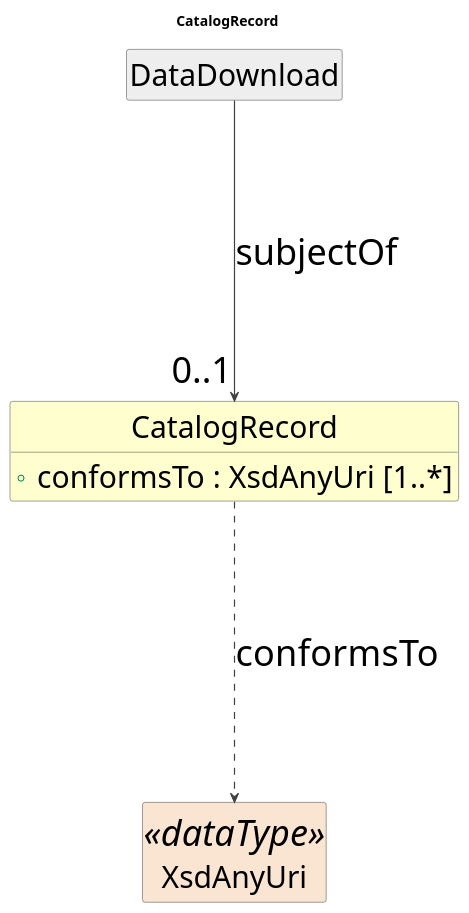
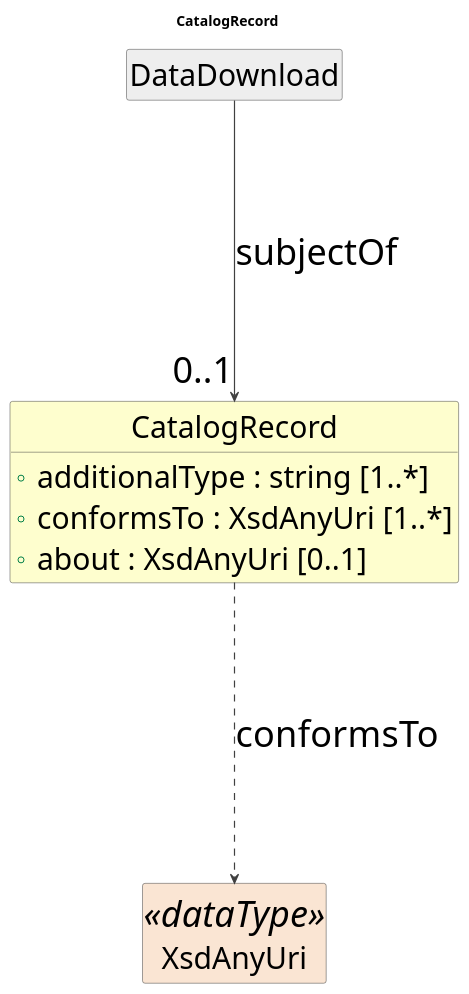
The diagram in cdif-uml-model/CDIFDataStructure/Classes/CatalogRecord.pu (Cross-Domain-Interoperability-Framework/metadataBuildingBlocks), drawn with PlantUML before and after one commit. The commit also changed 58 other files, not shown here.

```diff
--- a/cdif-uml-model/CDIFDataStructure/Classes/CatalogRecord.pu
+++ b/cdif-uml-model/CDIFDataStructure/Classes/CatalogRecord.pu
@@ -1,25 +1,27 @@
 @startuml
 title CatalogRecord
 hide circle
 hide empty members
 skinparam shadowing false
 skinparam ArrowThickness 1.2
 skinparam ranksep 250
 skinparam nodesep 20
 skinparam defaultFontSize 36
 skinparam class {
   ArrowColor #404040
   BorderColor #404040
   FontSize 36
   AttributeFontSize 30
 }
 
 class "CatalogRecord" as CatalogRecord #FEFECE {
+  +additionalType : string [1..*]
   +conformsTo : XsdAnyUri [1..*]
+  +about : XsdAnyUri [0..1]
 }
 class "DataDownload" as DataDownload #EEEEEE
 DataDownload --> "0..1" CatalogRecord : subjectOf
 class "XsdAnyUri" as XsdAnyUri <<dataType>> #FAE5D3
 CatalogRecord ..> XsdAnyUri : conformsTo
 
 @enduml
```
